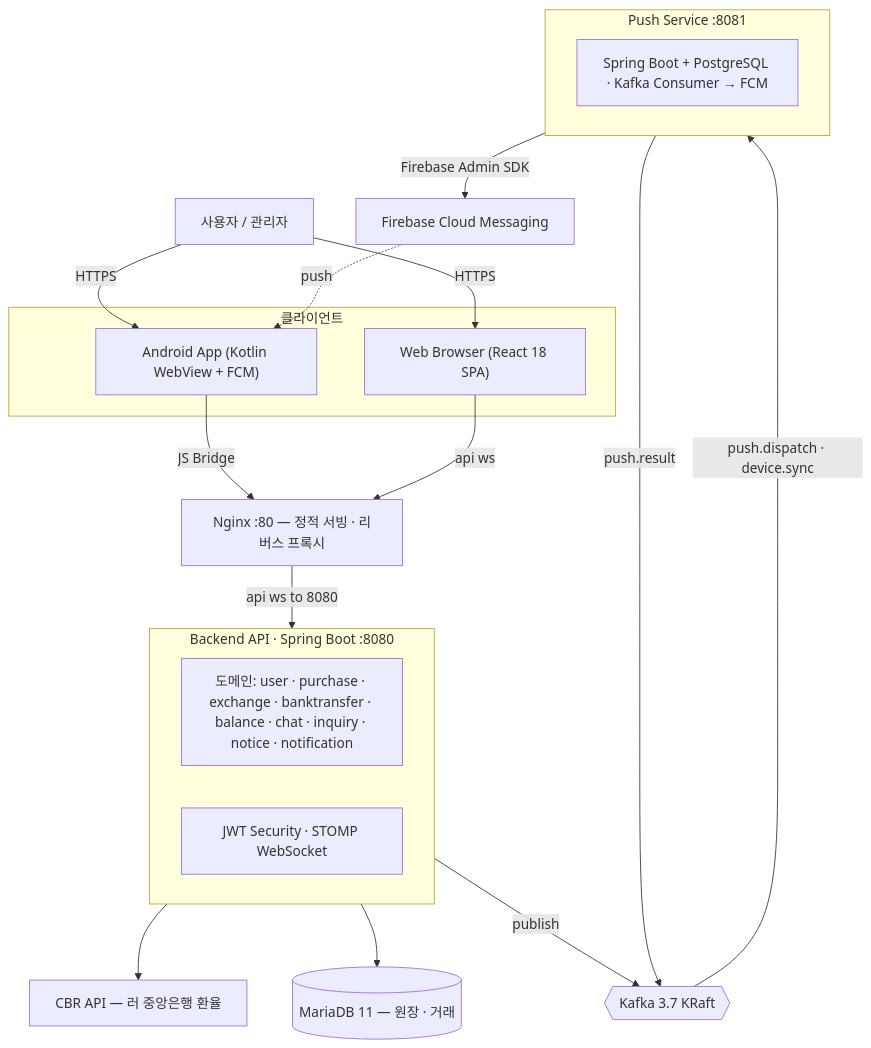
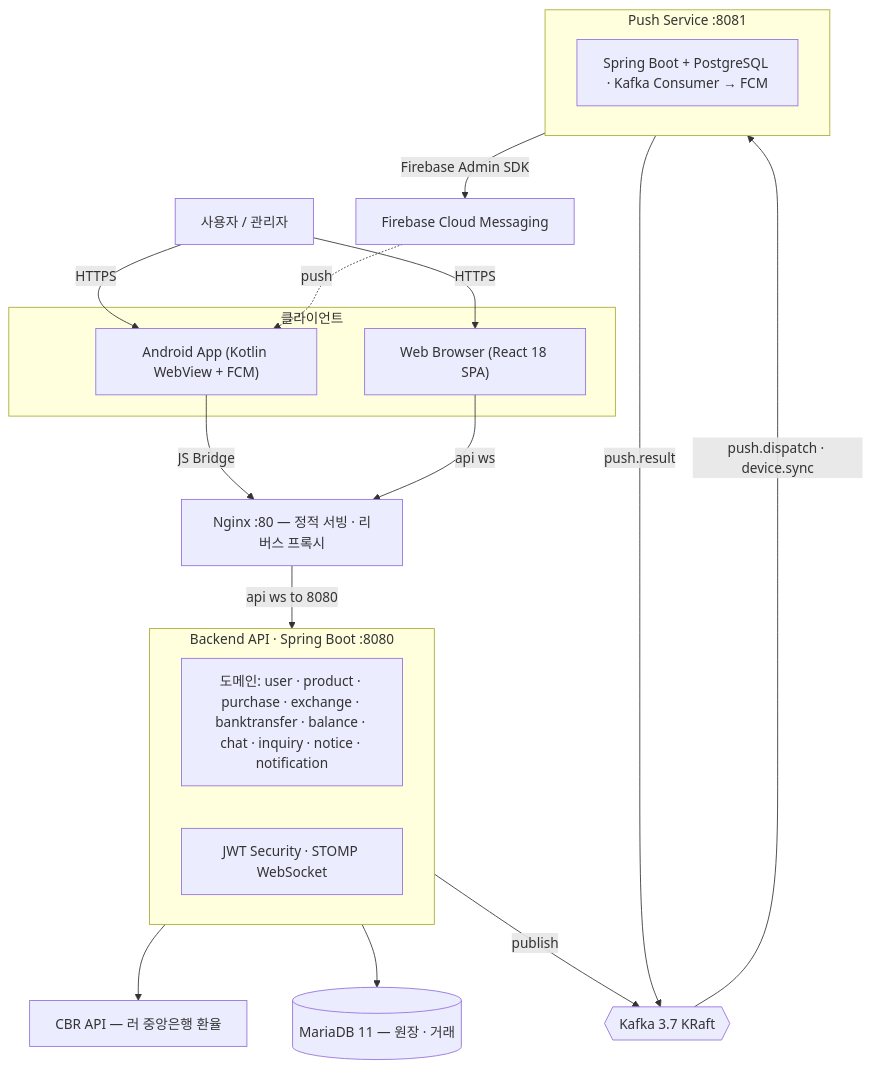
Before and after one commit to ruxpress0228/ruxpress: the first of 3 diagrams in README.md, drawn with Mermaid. The commit also changed other lines of this file and 9 other files, not shown here.

````diff
--- a/README.md
+++ b/README.md
@@ -86,41 +92,41 @@
 ```mermaid
 flowchart TD
     User["사용자 / 관리자"]
 
     subgraph Clients["클라이언트"]
         Android["Android App (Kotlin WebView + FCM)"]
         Web["Web Browser (React 18 SPA)"]
     end
 
     Nginx["Nginx :80 — 정적 서빙 · 리버스 프록시"]
 
     subgraph Backend["Backend API · Spring Boot :8080"]
-        BizDomains["도메인: user · purchase · exchange · banktransfer · balance · chat · inquiry · notice · notification"]
+        BizDomains["도메인: user · product · purchase · exchange · banktransfer · balance · chat · inquiry · notice · notification"]
         Sec["JWT Security · STOMP WebSocket"]
     end
 
     MariaDB[("MariaDB 11 — 원장 · 거래")]
     Kafka{{"Kafka 3.7 KRaft"}}
     CBR["CBR API — 러 중앙은행 환율"]
 
     subgraph Push["Push Service :8081"]
         PushApp["Spring Boot + PostgreSQL · Kafka Consumer → FCM"]
     end
 
     FCM["Firebase Cloud Messaging"]
 
     User -->|HTTPS| Android
     User -->|HTTPS| Web
     Android -->|JS Bridge| Nginx
     Web -->|api ws| Nginx
     Nginx -->|api ws to 8080| Backend
 
     Backend --> MariaDB
     Backend --> CBR
     Backend -->|publish| Kafka
 
     Kafka -->|push.dispatch · device.sync| Push
     Push -->|push.result| Kafka
     Push -->|Firebase Admin SDK| FCM
     FCM -.->|push| Android
 ```
````
